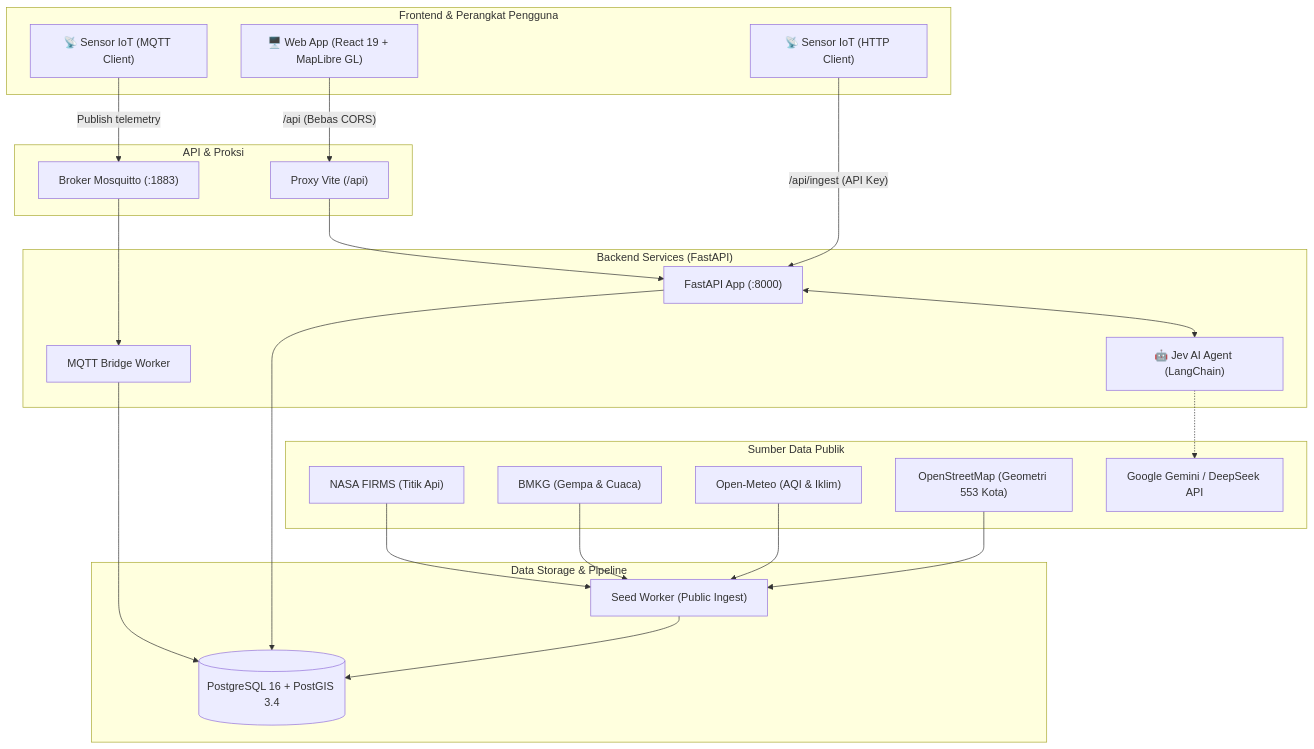
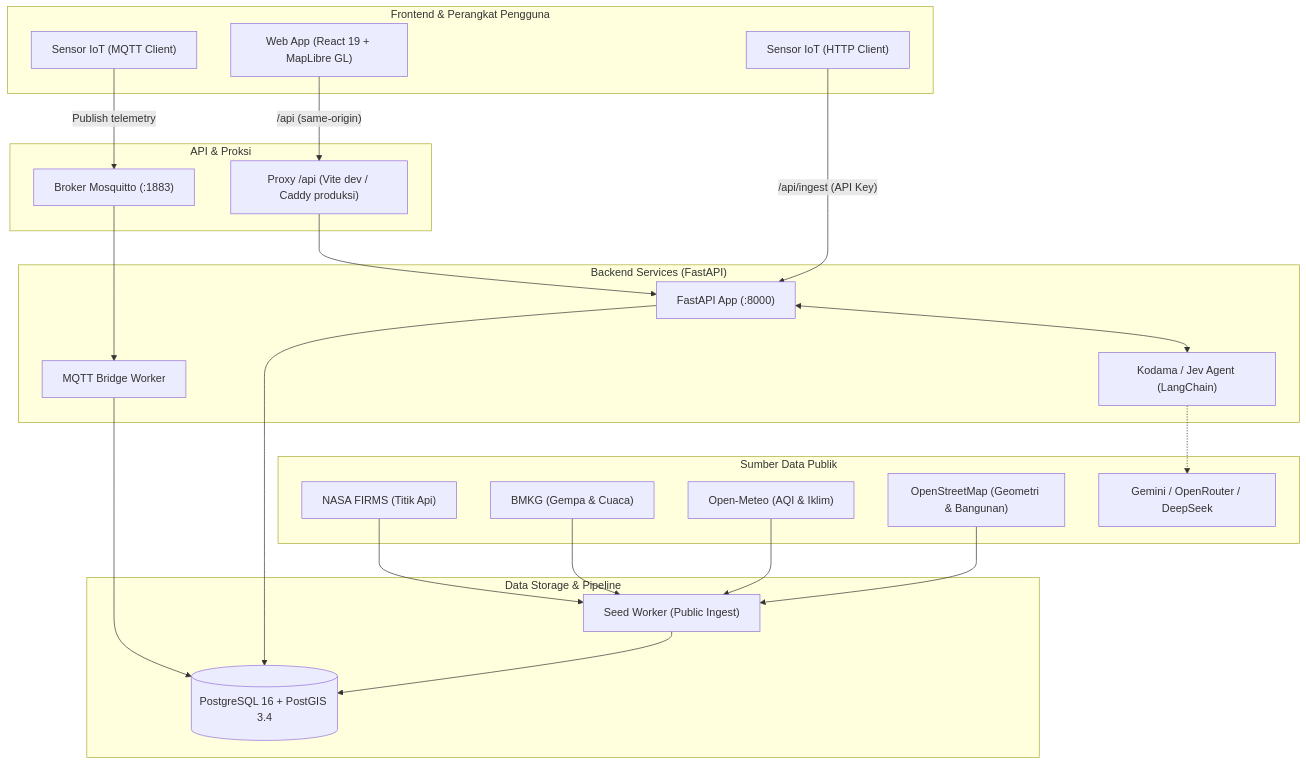
Before and after one commit to ex-machina-org/arkamap: the first of 2 diagrams in README.md, drawn with Mermaid. The commit also changed other lines of this file and 3 other files, not shown here.

````diff
--- a/README.md
+++ b/README.md
@@ -98,50 +104,50 @@
 ```mermaid
 flowchart TD
     subgraph Klien ["Frontend & Perangkat Pengguna"]
-        UI["🖥️ Web App (React 19 + MapLibre GL)"]
-        SensorHTTP["📡 Sensor IoT (HTTP Client)"]
-        SensorMQTT["📡 Sensor IoT (MQTT Client)"]
+        UI["Web App (React 19 + MapLibre GL)"]
+        SensorHTTP["Sensor IoT (HTTP Client)"]
+        SensorMQTT["Sensor IoT (MQTT Client)"]
     end
 
     subgraph Gerbang ["API & Proksi"]
-        Proxy["Proxy Vite (/api)"]
+        Proxy["Proxy /api (Vite dev / Caddy produksi)"]
         Broker["Broker Mosquitto (:1883)"]
     end
 
     subgraph Inti ["Backend Services (FastAPI)"]
         API["FastAPI App (:8000)"]
         Bridge["MQTT Bridge Worker"]
-        JevEngine["🤖 Jev AI Agent (LangChain)"]
+        JevEngine["Kodama / Jev Agent (LangChain)"]
     end
 
     subgraph Data ["Data Storage & Pipeline"]
         DB[("PostgreSQL 16 + PostGIS 3.4")]
         SeedWorker["Seed Worker (Public Ingest)"]
     end
 
     subgraph Eksternal ["Sumber Data Publik"]
         FIRMS["NASA FIRMS (Titik Api)"]
         BMKG["BMKG (Gempa & Cuaca)"]
         OpenMeteo["Open-Meteo (AQI & Iklim)"]
-        OSM["OpenStreetMap (Geometri 553 Kota)"]
-        LLMs["Google Gemini / DeepSeek API"]
+        OSM["OpenStreetMap (Geometri & Bangunan)"]
+        LLMs["Gemini / OpenRouter / DeepSeek"]
     end
 
     %% Koneksi
-    UI -->|"/api (Bebas CORS)"| Proxy
+    UI -->|"/api (same-origin)"| Proxy
     Proxy --> API
     SensorHTTP -->|"/api/ingest (API Key)"| API
     SensorMQTT -->|"Publish telemetry"| Broker
     Broker --> Bridge
     Bridge --> DB
 
     API --> DB
     API <--> JevEngine
     JevEngine -.-> LLMs
 
     SeedWorker --> DB
     FIRMS --> SeedWorker
     BMKG --> SeedWorker
     OpenMeteo --> SeedWorker
     OSM --> SeedWorker
 ```
````
